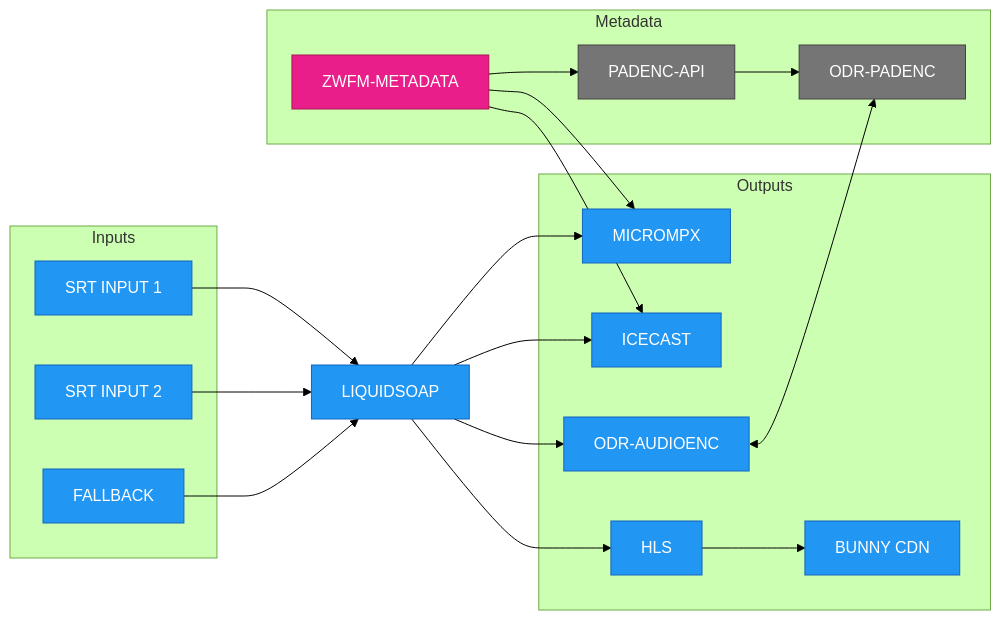
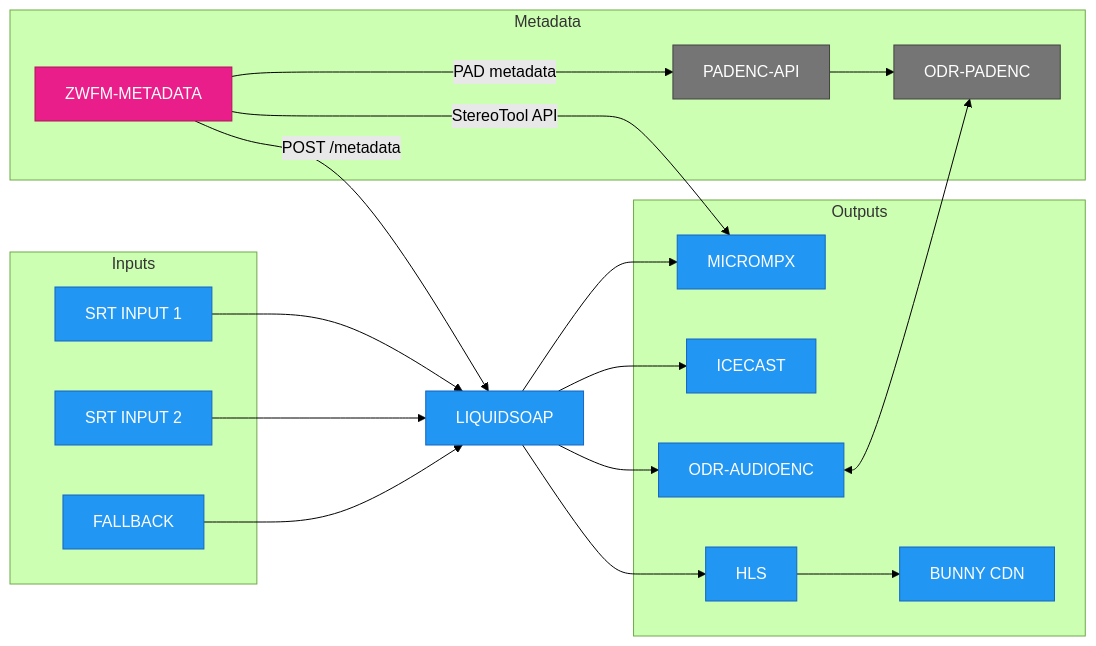
Before and after one commit to oszuidwest/zwfm-liquidsoap: the diagram in README.md, drawn with Mermaid (forest theme). The commit also changed other lines of this file and 15 other files, not shown here.

````diff
--- a/README.md
+++ b/README.md
@@ -17,48 +17,48 @@
 ```mermaid
 flowchart LR
     subgraph inputs [" Inputs "]
         SRT1["SRT INPUT 1"]
         SRT2["SRT INPUT 2"]
         FALLBACK["FALLBACK"]
     end
 
     LIQUIDSOAP["LIQUIDSOAP"]
 
     subgraph outputs [" Outputs "]
         MICROMPX["MICROMPX"]
         ICECAST["ICECAST"]
         HLS["HLS"]
         BUNNY["BUNNY CDN"]
         ODR["ODR-AUDIOENC"]
     end
 
     subgraph metadata [" Metadata "]
         PADENC["ODR-PADENC"]
         PADAPI["PADENC-API"]
         ZWFM["ZWFM-METADATA"]
     end
 
     SRT1 --> LIQUIDSOAP
     SRT2 --> LIQUIDSOAP
     FALLBACK --> LIQUIDSOAP
 
     LIQUIDSOAP --> MICROMPX
     LIQUIDSOAP --> ICECAST
     LIQUIDSOAP --> HLS
     HLS --> BUNNY
     LIQUIDSOAP --> ODR
 
     ODR <--> PADENC
     PADAPI --> PADENC
-    ZWFM --> PADAPI
-    ZWFM --> ICECAST
-    ZWFM --> MICROMPX
+    ZWFM -->|POST /metadata| LIQUIDSOAP
+    ZWFM -->|PAD metadata| PADAPI
+    ZWFM -->|StereoTool API| MICROMPX
 
     classDef blue fill:#2196F3,stroke:#1565C0,color:#fff
     classDef gray fill:#757575,stroke:#424242,color:#fff
     classDef pink fill:#E91E8A,stroke:#AD1457,color:#fff
 
     class SRT1,SRT2,FALLBACK,LIQUIDSOAP,MICROMPX,ICECAST,HLS,BUNNY,ODR blue
     class PADENC,PADAPI gray
     class ZWFM pink
 ```
````
